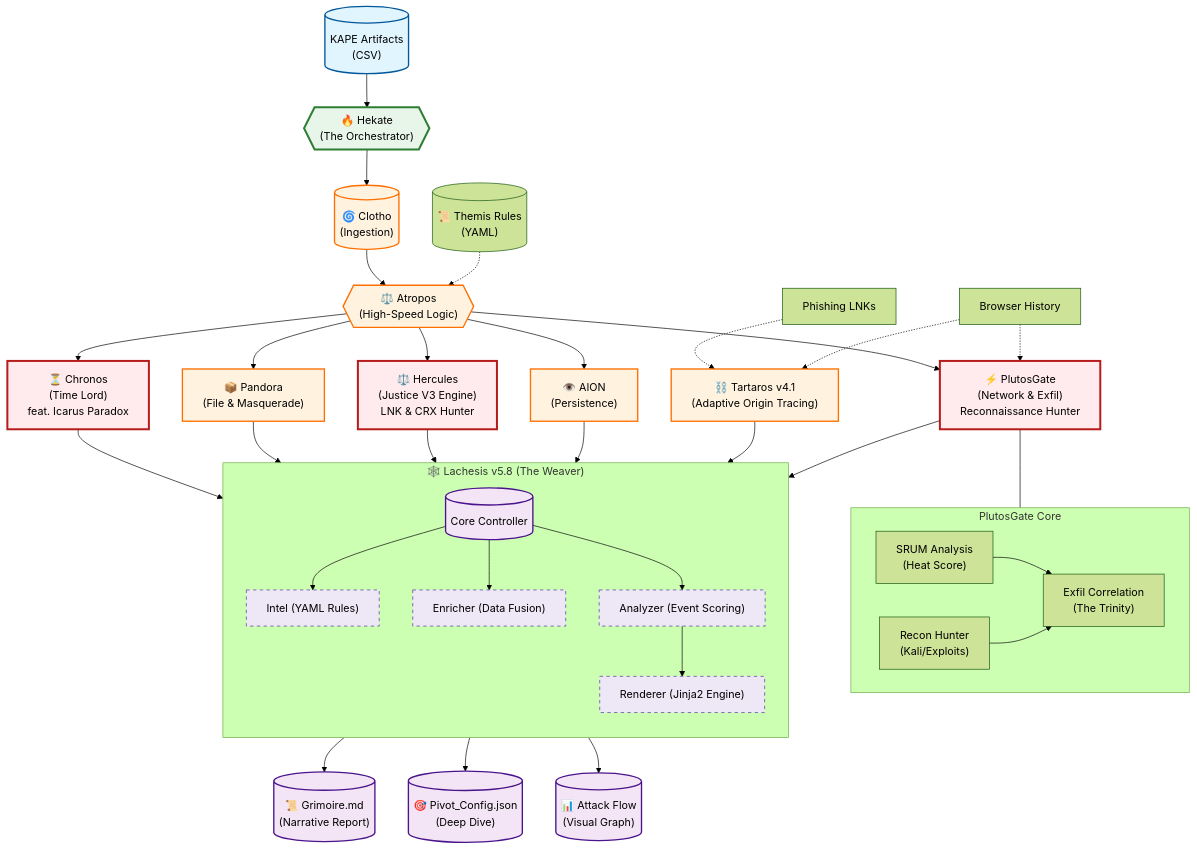
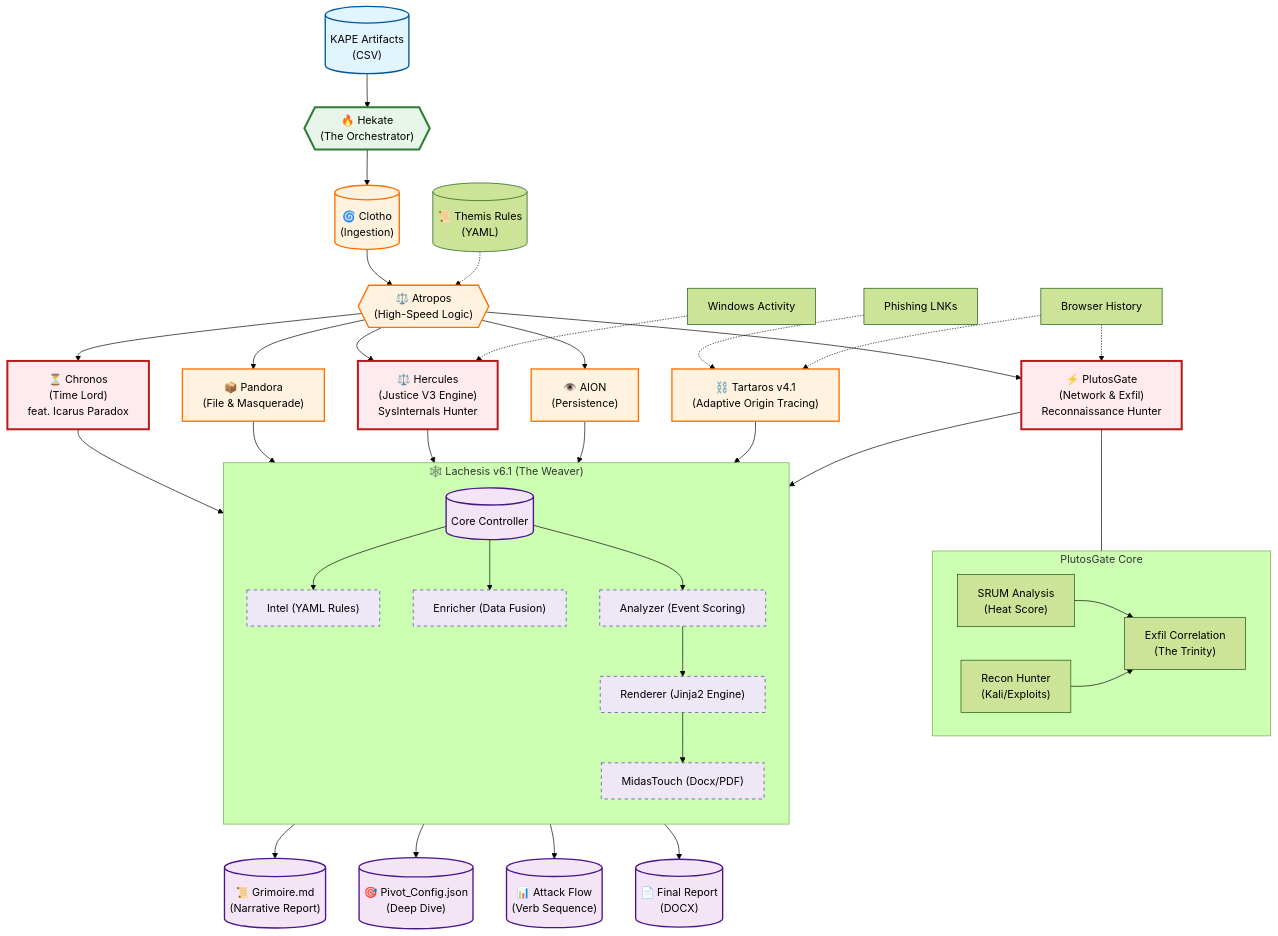
One commit to schutzz/SkiaHelios changed the diagram in README.md. Above: the diagram before and after it, drawn with Mermaid (forest theme). The commit also changed other lines of this file and 9 other files, not shown here.

First line of the commit message:
feat(Helios): Implement SysInternals Hunter v2 & Activity Timeline Pipeline

````diff
--- a/README.md
+++ b/README.md
@@ -24,70 +24,74 @@
 ```mermaid
 graph TD
     %% Define Styles
     classDef input fill:#e1f5fe,stroke:#01579b,stroke-width:2px;
     classDef core fill:#e8f5e9,stroke:#2e7d32,stroke-width:3px;
     classDef engine fill:#fff3e0,stroke:#ff6f00,stroke-width:2px;
     classDef judge fill:#ffebee,stroke:#b71c1c,stroke-width:3px;
     classDef report fill:#f3e5f5,stroke:#4a148c,stroke-width:2px;
     classDef submod fill:#ede7f6,stroke:#512da8,stroke-width:1px,stroke-dasharray: 5 5;
     classDef recon fill:#e0f2f1,stroke:#00695c,stroke-width:2px,stroke-dasharray: 2 2;
 
     %% Input Stage
     Input[("KAPE Artifacts\n(CSV)")]:::input --> Hekate{{"🔥 Hekate\n(The Orchestrator)"}}:::core
     
     %% Ingestion & Analysis
     Hekate --> Clotho[("🌀 Clotho\n(Ingestion)")]:::engine
     Clotho --> Atropos{{"⚖️ Atropos\n(High-Speed Logic)"}}:::engine
     Rules[("📜 Themis Rules\n(YAML)")] -.-> Atropos
     
     %% Specialized Modules
     Atropos --> Chronos["⏳ Chronos\n(Time Lord)\nfeat. Icarus Paradox"]:::judge
     Atropos --> Pandora["📦 Pandora\n(File & Masquerade)"]:::engine
-    Atropos --> Hercules["⚖️ Hercules\n(Justice V3 Engine)\nLNK & CRX Hunter"]:::judge
+    Atropos --> Hercules["⚖️ Hercules\n(Justice V3 Engine)\nSysInternals Hunter"]:::judge
     Atropos --> Aion["👁️ AION\n(Persistence)"]:::engine
     Atropos --> Plutos["⚡ PlutosGate\n(Network & Exfil)\nReconnaissance Hunter"]:::judge
     
     %% Recon & Origin Tracing
     LNKs["Phishing LNKs"] -.-> Tartaros["⛓️ Tartaros v4.1\n(Adaptive Origin Tracing)"]:::engine
     History["Browser History"] -.-> Tartaros
     History -.-> Plutos
+    Timeline["Windows Activity"] -.-> Hercules
     
     %% Plutos Sub-Flow
     subgraph Plutos_Engine ["PlutosGate Core"]
         direction LR
         P_SRUM["SRUM Analysis\n(Heat Score)"]
         P_Recon["Recon Hunter\n(Kali/Exploits)"]
         P_Exfil["Exfil Correlation\n(The Trinity)"]
         
         P_SRUM --> P_Exfil
         P_Recon --> P_Exfil
     end
     Plutos --- Plutos_Engine
 
     %% Reporting Stage (Modular Lachesis)
-    subgraph Lachesis_Module ["🕸️ Lachesis v5.8 (The Weaver)"]
+    subgraph Lachesis_Module ["🕸️ Lachesis v6.1 (The Weaver)"]
         direction TB
         L_Core[("Core Controller")]:::report
         L_Intel["Intel (YAML Rules)"]:::submod
         L_Enrich["Enricher (Data Fusion)"]:::submod
         L_Analyzer["Analyzer (Event Scoring)"]:::submod
         L_Render["Renderer (Jinja2 Engine)"]:::submod
+        L_Midas["MidasTouch (Docx/PDF)"]:::submod
         
         L_Core --> L_Intel
         L_Core --> L_Enrich
         L_Core --> L_Analyzer
         L_Analyzer --> L_Render
+        L_Render --> L_Midas
     end
 
     Chronos --> L_Core
     Pandora --> L_Core
     Hercules --> L_Core
     Aion --> L_Core
     Tartaros --> L_Core
     Plutos --> L_Core
     
     %% Output
     L_Render --> Report[("📜 Grimoire.md\n(Narrative Report)")]:::report
     L_Render --> Pivot[("🎯 Pivot_Config.json\n(Deep Dive)")]:::report
-    L_Render --> Mermaid[("📊 Attack Flow\n(Visual Graph)")]:::report
+    L_Render --> Mermaid[("📊 Attack Flow\n(Verb Sequence)")]:::report
+    L_Midas --> Docx[("📄 Final Report\n(DOCX)")]:::report
 ```
````
